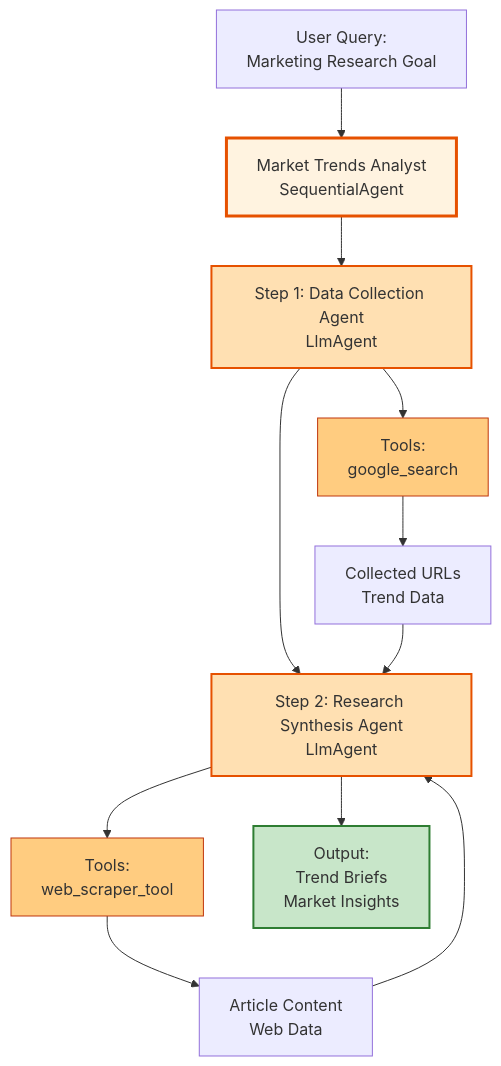
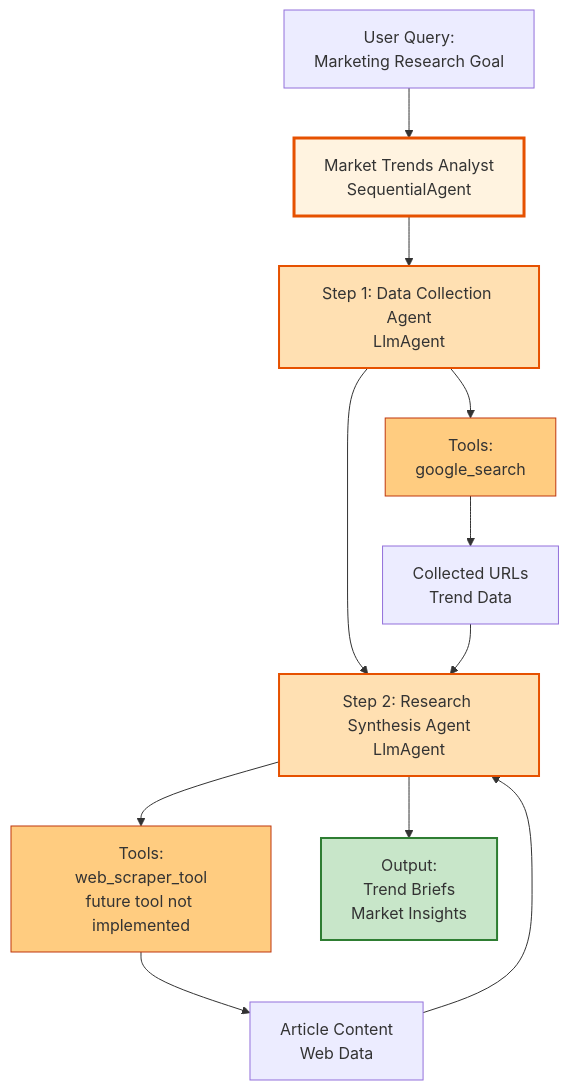
Before and after one commit to biru-dash/Wendy-hackathon: the diagram in docs/mermaid_diagrams/02_market_trends_analyst.mmd, drawn with Mermaid. The commit also changed 14 other files, not shown here.

Commit message:
Updated mermaid diagrams

```diff
--- a/docs/mermaid_diagrams/02_market_trends_analyst.mmd
+++ b/docs/mermaid_diagrams/02_market_trends_analyst.mmd
@@ -1,22 +1,22 @@
 graph TB
     Input[User Query:<br/>Marketing Research Goal] --> MTA[Market Trends Analyst<br/>SequentialAgent]
     
     MTA --> Step1[Step 1: Data Collection Agent<br/>LlmAgent]
     Step1 --> Step2[Step 2: Research Synthesis Agent<br/>LlmAgent]
     
     Step1 --> Tool1[Tools:<br/>google_search]
     Tool1 --> URLs[Collected URLs<br/>Trend Data]
     URLs --> Step2
     
-    Step2 --> Tool2[Tools:<br/>web_scraper_tool]
+    Step2 --> Tool2[Tools:<br/>web_scraper_tool<br/>future tool not implemented]
     Tool2 --> Content[Article Content<br/>Web Data]
     Content --> Step2
     
     Step2 --> Output[Output:<br/>Trend Briefs<br/>Market Insights]
     
     style MTA fill:#fff3e0,stroke:#e65100,stroke-width:3px
     style Step1 fill:#ffe0b2,stroke:#e65100,stroke-width:2px
     style Step2 fill:#ffe0b2,stroke:#e65100,stroke-width:2px
     style Tool1 fill:#ffcc80,stroke:#bf360c,stroke-width:1px
     style Tool2 fill:#ffcc80,stroke:#bf360c,stroke-width:1px
     style Output fill:#c8e6c9,stroke:#2e7d32,stroke-width:2px
```
